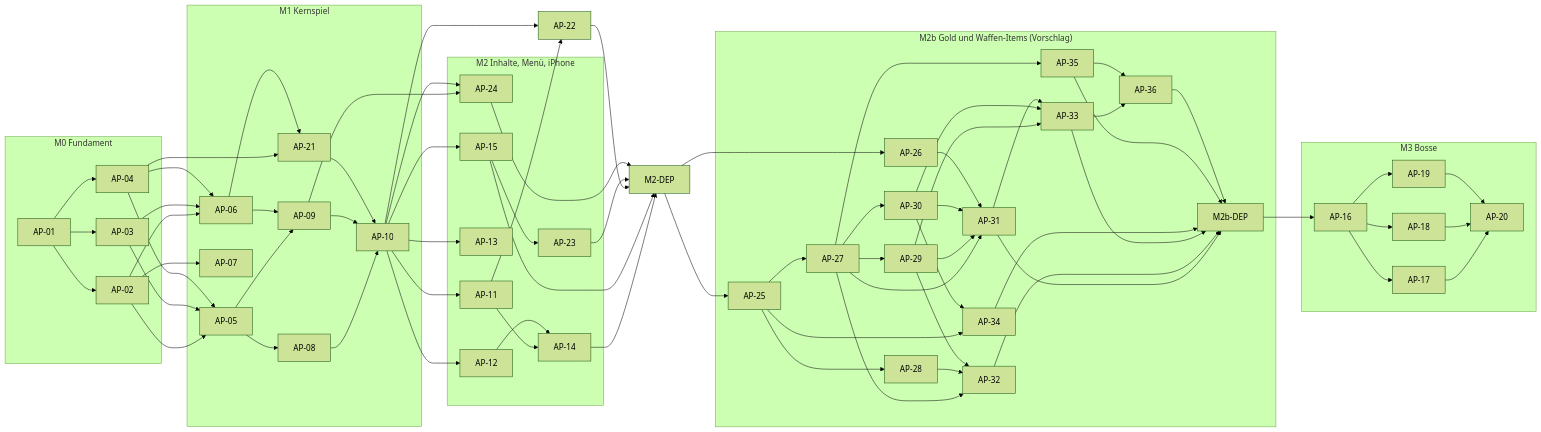
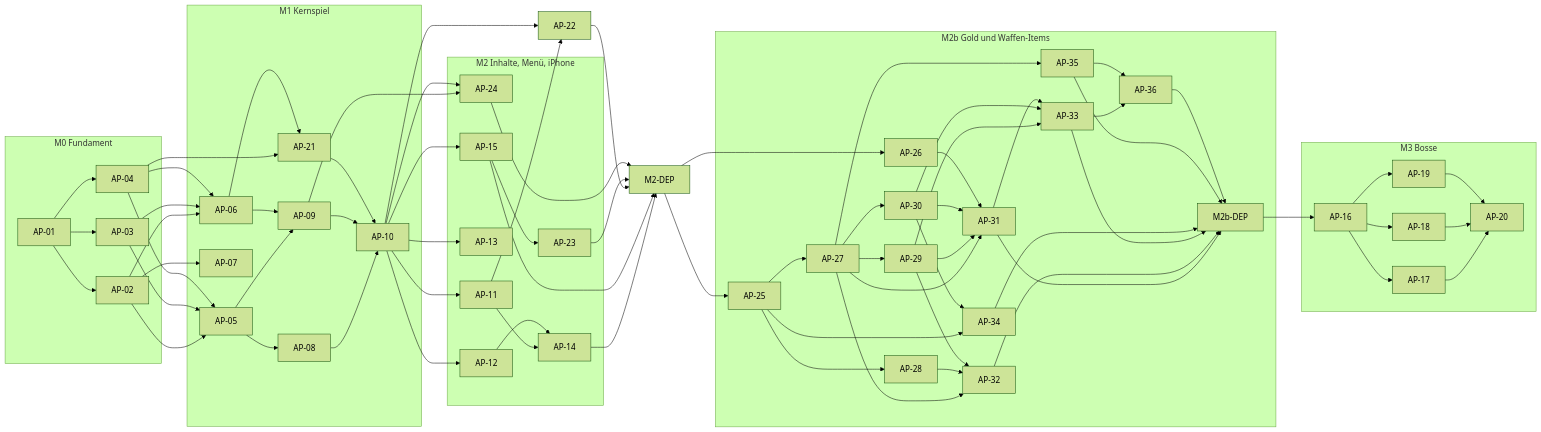
The third of 3 diagrams in docs/masterBuildPlan.md (CemDCoding/360shooter), drawn with Mermaid (forest theme) before and after one commit. The commit also changed other lines of this file, not shown here.

````diff
--- a/docs/masterBuildPlan.md
+++ b/docs/masterBuildPlan.md
@@ -675,45 +686,45 @@
 ```mermaid
 flowchart LR
   subgraph M0["M0 Fundament"]
     AP01["AP-01"] --> AP02["AP-02"] & AP03["AP-03"] & AP04["AP-04"]
   end
   subgraph M1["M1 Kernspiel"]
     AP05["AP-05"] --> AP08["AP-08"] & AP09["AP-09"]
     AP06["AP-06"] --> AP09
     AP08 & AP09 & AP21 --> AP10["AP-10"]
     AP07["AP-07"]
     AP21["AP-21"]
   end
   subgraph M2["M2 Inhalte, Menü, iPhone"]
     AP11["AP-11"] --> AP14["AP-14"]
     AP12["AP-12"] --> AP14
     AP13["AP-13"]
     AP15["AP-15"] --> AP23["AP-23"]
     AP24["AP-24"]
   end
-  subgraph M2b["M2b Gold und Waffen-Items (Vorschlag)"]
+  subgraph M2b["M2b Gold und Waffen-Items"]
     AP25["AP-25"] --> AP27["AP-27"] & AP28["AP-28"] & AP34["AP-34"]
     AP26["AP-26"]
     AP27 --> AP29["AP-29"] & AP30["AP-30"] & AP35["AP-35"] & AP31["AP-31"] & AP32["AP-32"]
     AP28 --> AP32
     AP29 --> AP31 & AP32 & AP33["AP-33"]
     AP30 --> AP31 & AP33 & AP34
     AP26 --> AP31
     AP31 --> AP33
     AP33 & AP35 --> AP36["AP-36"]
     AP31 & AP32 & AP33 & AP34 & AP35 & AP36 --> M2bDEP["M2b-DEP"]
   end
   M2DEP --> AP25 & AP26
   subgraph M3["M3 Bosse"]
     AP16["AP-16"] --> AP17["AP-17"] & AP18["AP-18"] & AP19["AP-19"]
     AP17 & AP18 & AP19 --> AP20["AP-20"]
   end
   AP02 & AP03 & AP04 --> AP05 & AP06
   AP02 --> AP07
   AP04 & AP06 --> AP21
   AP10 --> AP11 & AP12 & AP13 & AP15
   M2bDEP --> AP16
   AP10 & AP11 --> AP22["AP-22"]
   AP09 & AP10 --> AP24
   AP14 & AP15 & AP22 & AP23 & AP24 --> M2DEP["M2-DEP"]
 ```
````
